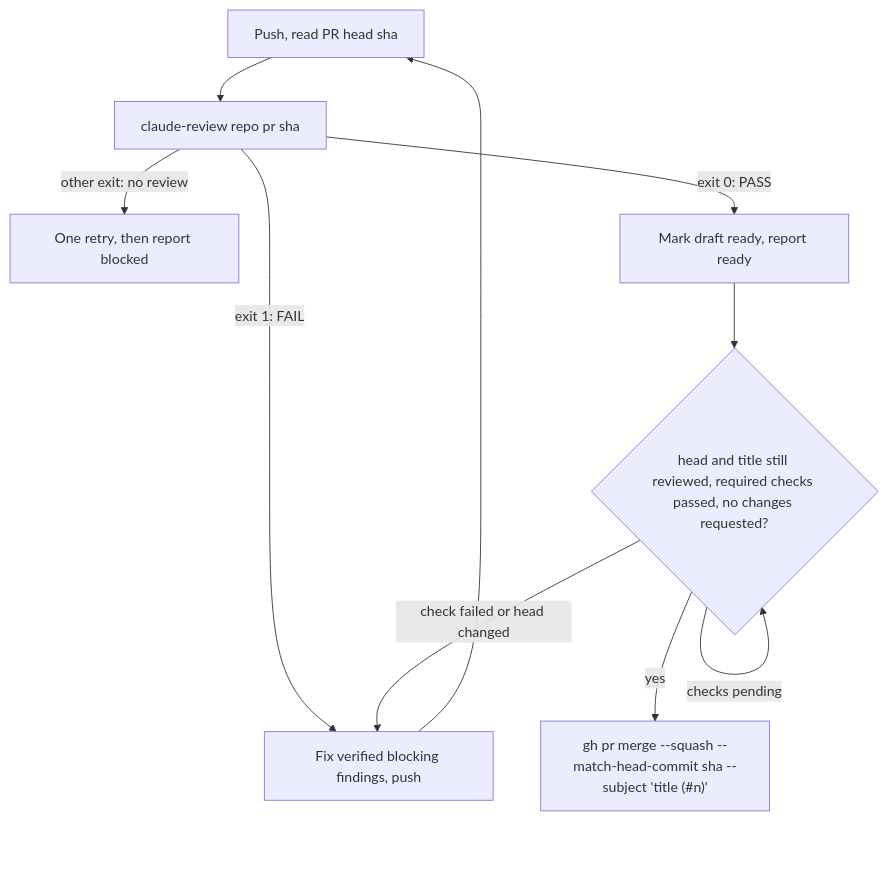
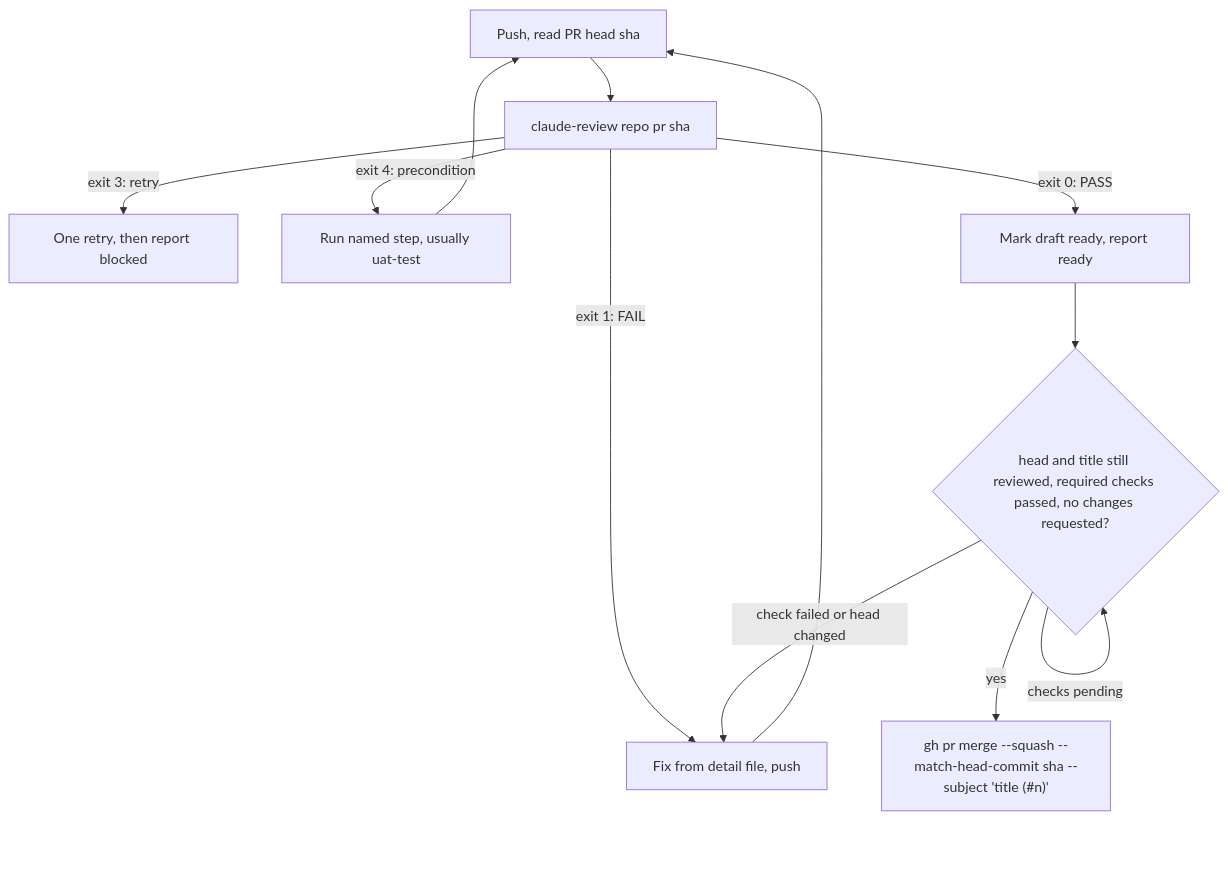
Before and after one commit to ForkbombEu/superagent: the first of 2 diagrams in README.md, drawn with Mermaid. The commit also changed other lines of this file and 3 other files, not shown here.

````diff
--- a/README.md
+++ b/README.md
@@ -129,12 +129,14 @@
 ```mermaid
 flowchart TD
   A[Push, read PR head sha] --> B[claude-review repo pr sha]
-  B -->|exit 1: FAIL| C[Fix verified blocking findings, push]
+  B -->|exit 1: FAIL| C[Fix from detail file, push]
   C --> A
-  B -->|other exit: no review| D[One retry, then report blocked]
+  B -->|exit 3: retry| D[One retry, then report blocked]
+  B -->|exit 4: precondition| U[Run named step, usually uat-test]
+  U --> A
   B -->|exit 0: PASS| E[Mark draft ready, report ready]
   E --> F{head and title still reviewed, required checks passed, no changes requested?}
   F -->|checks pending| F
   F -->|check failed or head changed| C
   F -->|yes| G["gh pr merge --squash --match-head-commit sha --subject 'title (#n)'"]
 ```
````
